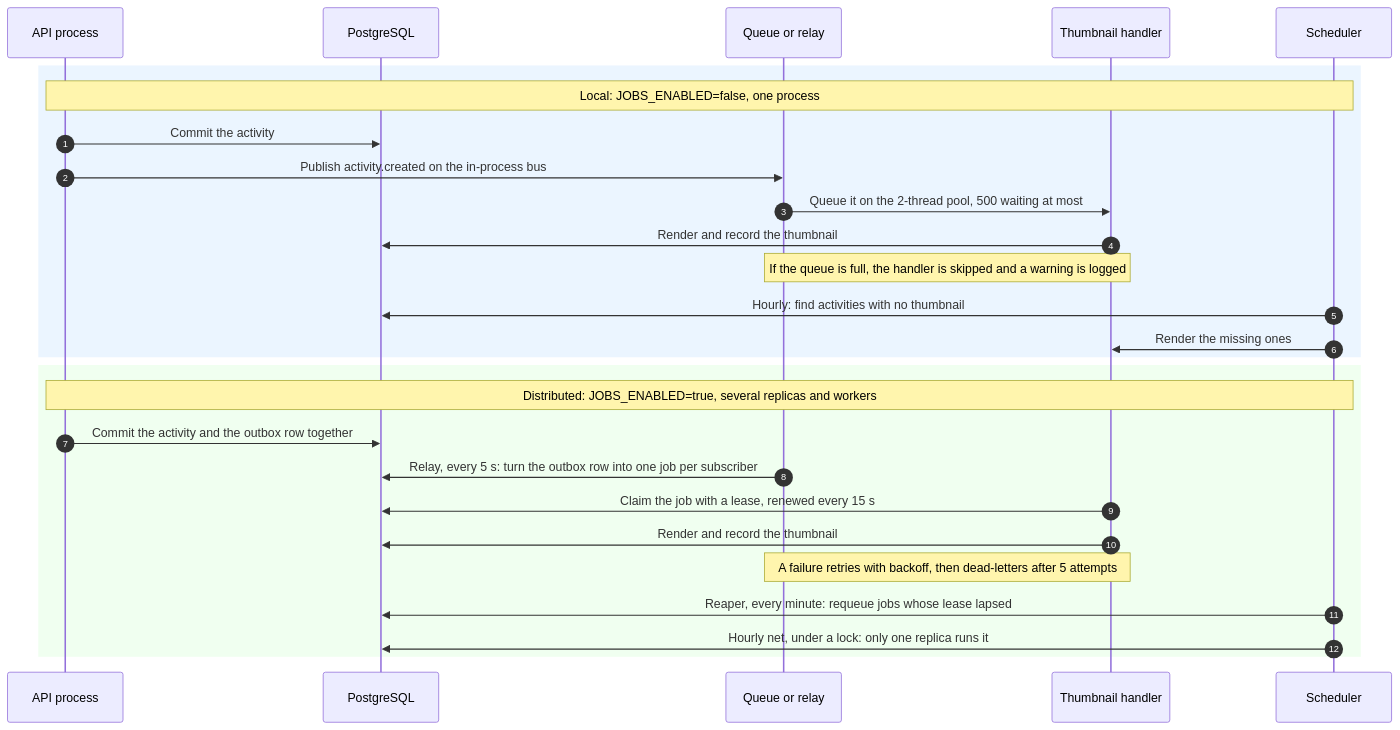
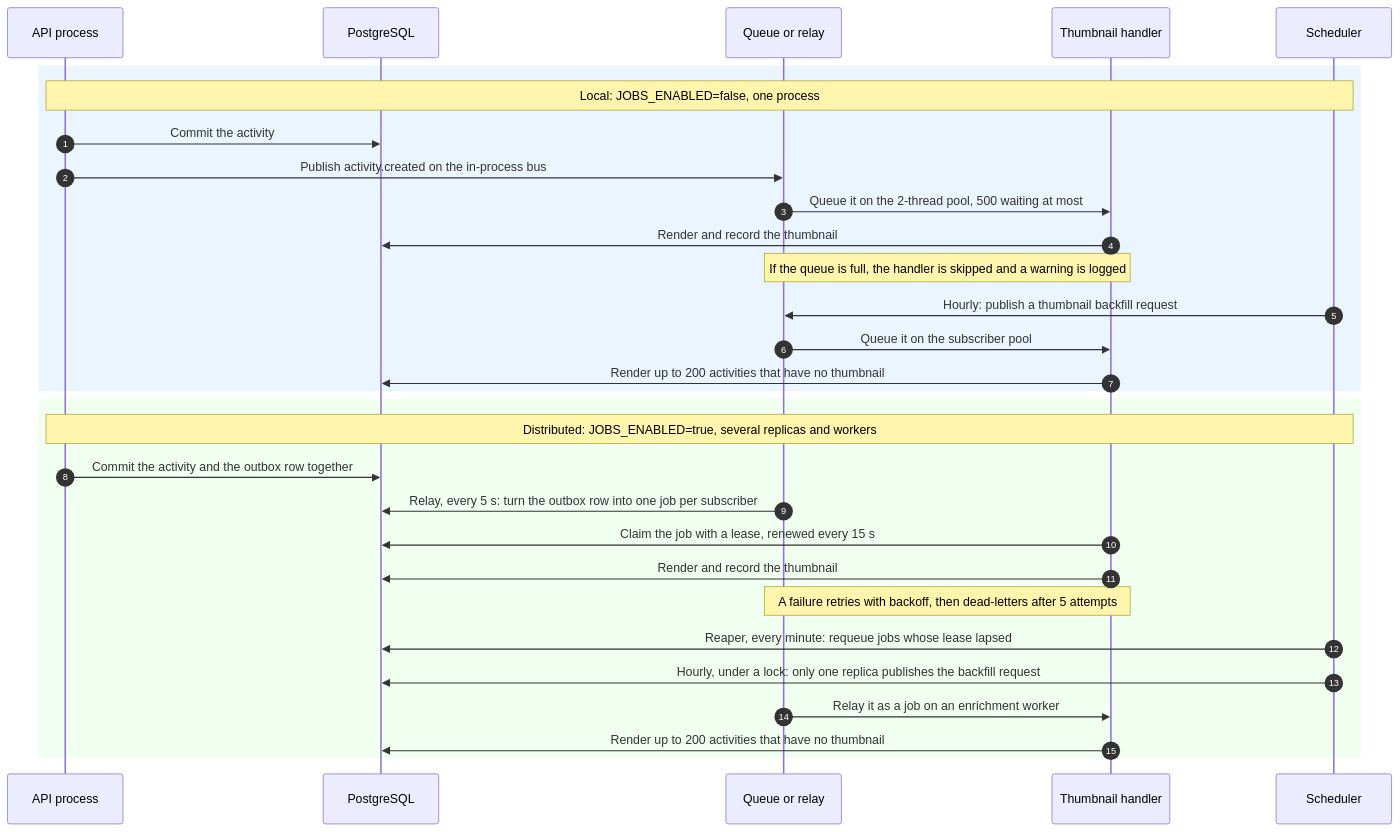
One commit to endurain-project/endurain changed the third of 4 diagrams in docs/getting-started/background-work-by-module.md. Above: the diagram before and after it, drawn with Mermaid. The commit also changed other lines of this file and 18 other files, not shown here.

First line of the commit message:
fix(activities): run the thumbnail backfill on the enrichment queue

````diff
--- a/docs/getting-started/background-work-by-module.md
+++ b/docs/getting-started/background-work-by-module.md
@@ -87,31 +87,34 @@
 ```mermaid
 sequenceDiagram
     autonumber
     participant API as API process
     participant DB as PostgreSQL
     participant Q as Queue or relay
     participant W as Thumbnail handler
     participant S as Scheduler
 
     rect rgb(235, 245, 255)
     Note over API,S: Local: JOBS_ENABLED=false, one process
     API->>DB: Commit the activity
     API->>Q: Publish activity.created on the in-process bus
     Q->>W: Queue it on the 2-thread pool, 500 waiting at most
     W->>DB: Render and record the thumbnail
     Note over Q,W: If the queue is full, the handler is skipped and a warning is logged
-    S->>DB: Hourly: find activities with no thumbnail
-    S->>W: Render the missing ones
+    S->>Q: Hourly: publish a thumbnail backfill request
+    Q->>W: Queue it on the subscriber pool
+    W->>DB: Render up to 200 activities that have no thumbnail
     end
 
     rect rgb(240, 255, 240)
     Note over API,S: Distributed: JOBS_ENABLED=true, several replicas and workers
     API->>DB: Commit the activity and the outbox row together
     Q->>DB: Relay, every 5 s: turn the outbox row into one job per subscriber
     W->>DB: Claim the job with a lease, renewed every 15 s
     W->>DB: Render and record the thumbnail
     Note over Q,W: A failure retries with backoff, then dead-letters after 5 attempts
     S->>DB: Reaper, every minute: requeue jobs whose lease lapsed
-    S->>DB: Hourly net, under a lock: only one replica runs it
+    S->>DB: Hourly, under a lock: only one replica publishes the backfill request
+    Q->>W: Relay it as a job on an enrichment worker
+    W->>DB: Render up to 200 activities that have no thumbnail
     end
 ```
````
